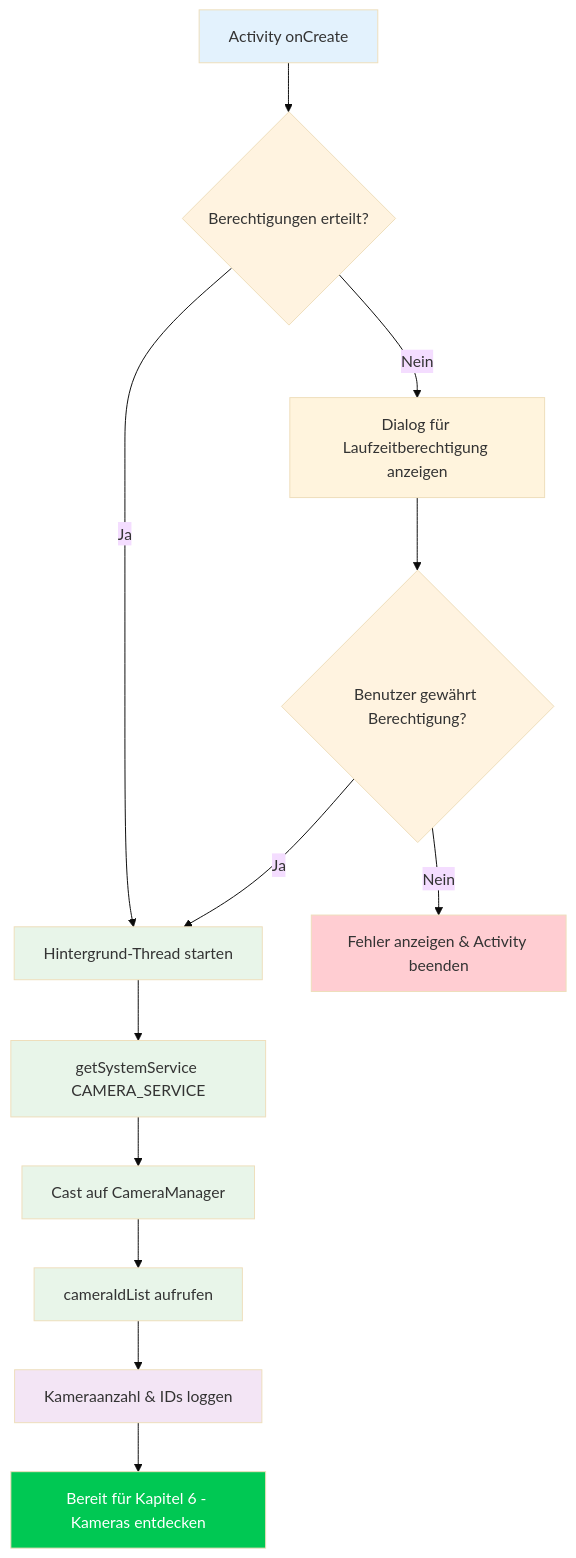
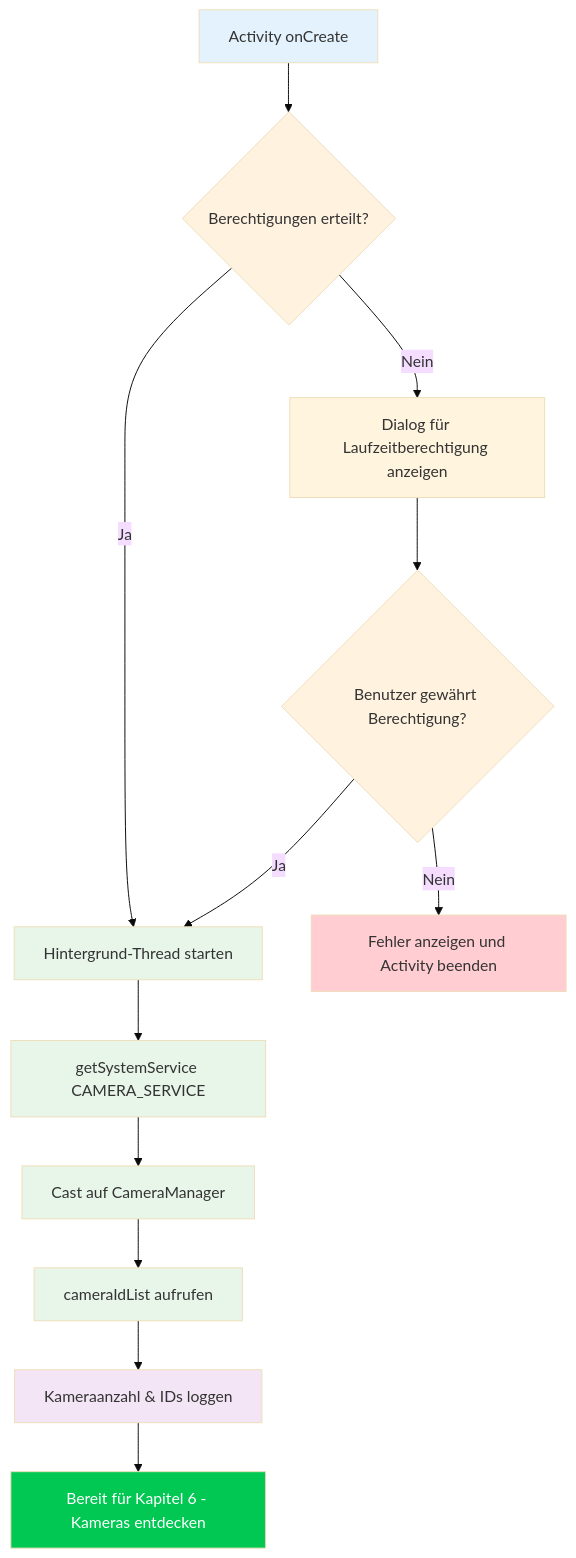
The diagram in website/i18n/de/docusaurus-plugin-content-docs/current/camera2/creating-your-first-camera2-project.md (zoozooll/AndroidCameraParameters), drawn with Mermaid (base theme) before and after one commit. The commit also changed 77 other files, not shown here.

First line of the commit message:
docs: standardize Mermaid syntax and polish 3A pipeline translations

````diff
--- a/website/i18n/de/docusaurus-plugin-content-docs/current/camera2/creating-your-first-camera2-project.md
+++ b/website/i18n/de/docusaurus-plugin-content-docs/current/camera2/creating-your-first-camera2-project.md
@@ -340,25 +340,25 @@
 ```mermaid
 flowchart TD
     A["Activity onCreate"] --> B{Berechtigungen erteilt?}
     B -->|Ja| C[Hintergrund-Thread starten]
     B -->|Nein| D[Dialog für Laufzeitberechtigung anzeigen]
     D --> E{Benutzer gewährt Berechtigung?}
     E -->|Ja| C
-    E -->|Nein| F[Fehler anzeigen & Activity beenden]
+    E -->|Nein| F[Fehler anzeigen und Activity beenden]
     C --> G[getSystemService CAMERA_SERVICE]
     G --> H[Cast auf CameraManager]
     H --> I[cameraIdList aufrufen]
     I --> J[Kameraanzahl & IDs loggen]
     J --> K[Bereit für Kapitel 6 - Kameras entdecken]
     
     style A fill:#e3f2fd
     style B fill:#fff3e0
     style E fill:#fff3e0
     style C fill:#e8f5e9
     style G fill:#e8f5e9
     style H fill:#e8f5e9
     style I fill:#e8f5e9
     style J fill:#f3e5f5
     style K fill:#00c853,color:#fff
     style F fill:#ffcdd2
 ```
````
